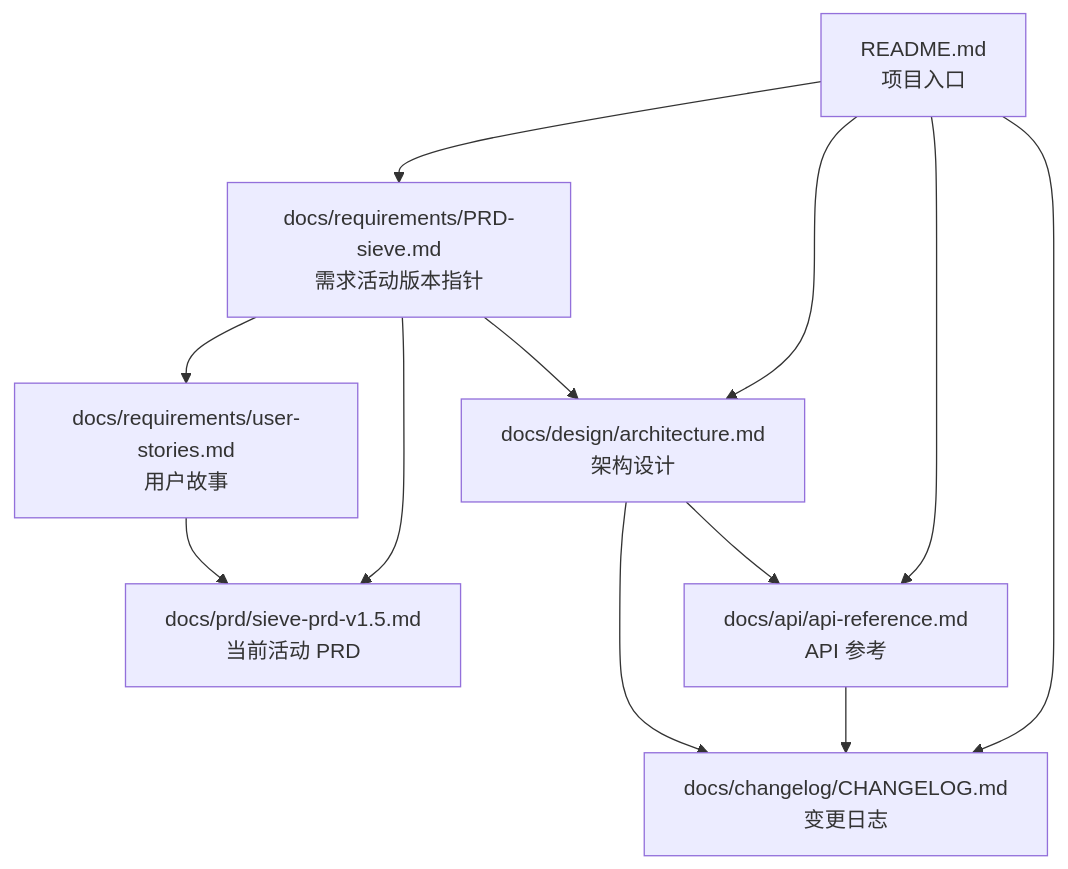
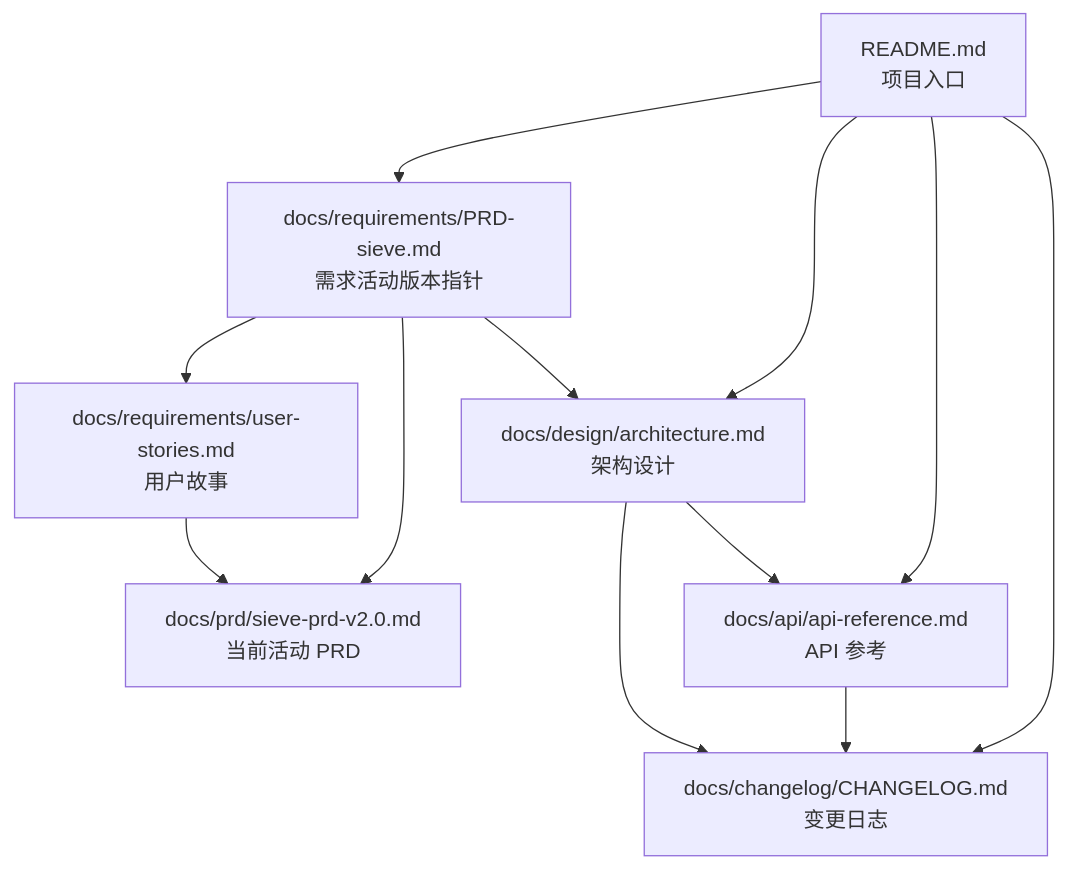
One commit to SieveAI-dev/sieve changed the diagram in README.md. Above: the diagram before and after it, drawn with Mermaid. The commit also changed other lines of this file and 38 other files, not shown here.

````diff
--- a/README.md
+++ b/README.md
@@ -136,22 +136,22 @@
 ```mermaid
 graph TD
     README[README.md<br/>项目入口]
     REQ[docs/requirements/PRD-sieve.md<br/>需求活动版本指针]
-    PRDv14[docs/prd/sieve-prd-v1.5.md<br/>当前活动 PRD]
+    PRDv20[docs/prd/sieve-prd-v2.0.md<br/>当前活动 PRD]
     US[docs/requirements/user-stories.md<br/>用户故事]
     DESIGN[docs/design/architecture.md<br/>架构设计]
     API[docs/api/api-reference.md<br/>API 参考]
     CL[docs/changelog/CHANGELOG.md<br/>变更日志]
 
     README --> REQ
     README --> DESIGN
     README --> API
     README --> CL
-    REQ --> PRDv14
+    REQ --> PRDv20
     REQ --> US
     REQ --> DESIGN
     DESIGN --> API
     API --> CL
     DESIGN --> CL
-    US --> PRDv14
+    US --> PRDv20
 ```
````
